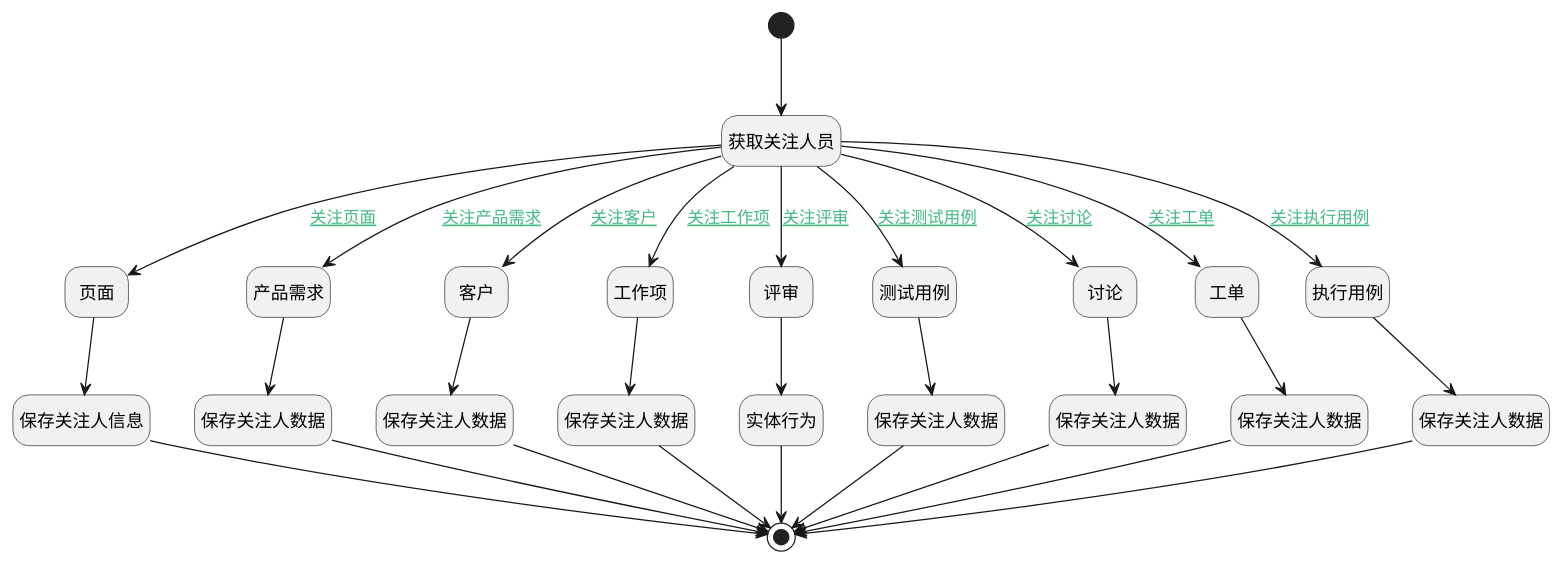
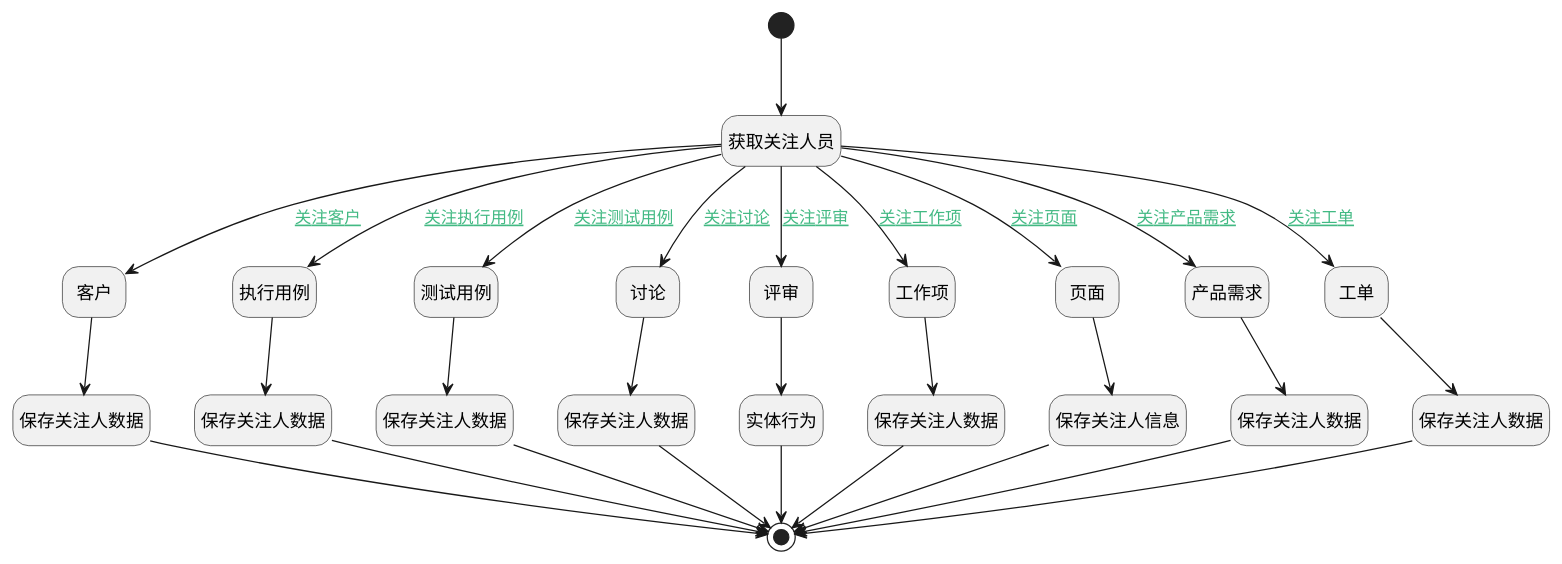
One commit to iBizLab/plm changed the diagram in doc/docsify/module/ProjMgmt/work_item/uilogic/attention_personnel_update.md. Above: the diagram before and after it, drawn with PlantUML. The commit also changed other lines of this file and 1276 other files, not shown here.

````diff
--- a/doc/docsify/module/ProjMgmt/work_item/uilogic/attention_personnel_update.md
+++ b/doc/docsify/module/ProjMgmt/work_item/uilogic/attention_personnel_update.md
@@ -7,65 +7,65 @@
 ```plantuml
 @startuml
 hide footbox
 <style>
 root {
   HyperlinkColor #42b983
 }
 </style>
 
 hide empty description
 state "开始" as Begin <<start>> [[$./attention_personnel_update#begin {开始}]]
+state "客户" as PREPAREJSPARAM5  [[$./attention_personnel_update#preparejsparam5 {客户}]]
+state "保存关注人数据" as DEACTION1  [[$./attention_personnel_update#deaction1 {保存关注人数据}]]
+state "实体行为" as DEACTION9  [[$./attention_personnel_update#deaction9 {实体行为}]]
+state "保存关注人数据" as DEACTION4  [[$./attention_personnel_update#deaction4 {保存关注人数据}]]
+state "获取关注人员" as PREPAREJSPARAM2  [[$./attention_personnel_update#preparejsparam2 {获取关注人员}]]
+state "执行用例" as PREPAREJSPARAM6  [[$./attention_personnel_update#preparejsparam6 {执行用例}]]
+state "测试用例" as PREPAREJSPARAM7  [[$./attention_personnel_update#preparejsparam7 {测试用例}]]
+state "保存关注人数据" as DEACTION2  [[$./attention_personnel_update#deaction2 {保存关注人数据}]]
+state "保存关注人数据" as DEACTION8  [[$./attention_personnel_update#deaction8 {保存关注人数据}]]
+state "结束" as END1 <<end>> [[$./attention_personnel_update#end1 {结束}]]
+state "保存关注人数据" as DEACTION5  [[$./attention_personnel_update#deaction5 {保存关注人数据}]]
+state "保存关注人数据" as DEACTION6  [[$./attention_personnel_update#deaction6 {保存关注人数据}]]
+state "讨论" as PREPAREJSPARAM9  [[$./attention_personnel_update#preparejsparam9 {讨论}]]
+state "评审" as PREPAREJSPARAM10  [[$./attention_personnel_update#preparejsparam10 {评审}]]
 state "保存关注人数据" as DEACTION3  [[$./attention_personnel_update#deaction3 {保存关注人数据}]]
-state "保存关注人数据" as DEACTION5  [[$./attention_personnel_update#deaction5 {保存关注人数据}]]
+state "工作项" as PREPAREJSPARAM1  [[$./attention_personnel_update#preparejsparam1 {工作项}]]
+state "保存关注人信息" as DEACTION7  [[$./attention_personnel_update#deaction7 {保存关注人信息}]]
 state "页面" as PREPAREJSPARAM8  [[$./attention_personnel_update#preparejsparam8 {页面}]]
-state "保存关注人信息" as DEACTION7  [[$./attention_personnel_update#deaction7 {保存关注人信息}]]
-state "实体行为" as DEACTION9  [[$./attention_personnel_update#deaction9 {实体行为}]]
-state "保存关注人数据" as DEACTION8  [[$./attention_personnel_update#deaction8 {保存关注人数据}]]
 state "产品需求" as PREPAREJSPARAM3  [[$./attention_personnel_update#preparejsparam3 {产品需求}]]
-state "客户" as PREPAREJSPARAM5  [[$./attention_personnel_update#preparejsparam5 {客户}]]
-state "保存关注人数据" as DEACTION6  [[$./attention_personnel_update#deaction6 {保存关注人数据}]]
-state "保存关注人数据" as DEACTION1  [[$./attention_personnel_update#deaction1 {保存关注人数据}]]
-state "获取关注人员" as PREPAREJSPARAM2  [[$./attention_personnel_update#preparejsparam2 {获取关注人员}]]
-state "工作项" as PREPAREJSPARAM1  [[$./attention_personnel_update#preparejsparam1 {工作项}]]
-state "评审" as PREPAREJSPARAM10  [[$./attention_personnel_update#preparejsparam10 {评审}]]
-state "测试用例" as PREPAREJSPARAM7  [[$./attention_personnel_update#preparejsparam7 {测试用例}]]
-state "保存关注人数据" as DEACTION4  [[$./attention_personnel_update#deaction4 {保存关注人数据}]]
-state "讨论" as PREPAREJSPARAM9  [[$./attention_personnel_update#preparejsparam9 {讨论}]]
 state "工单" as PREPAREJSPARAM4  [[$./attention_personnel_update#preparejsparam4 {工单}]]
-state "结束" as END1 <<end>> [[$./attention_personnel_update#end1 {结束}]]
-state "执行用例" as PREPAREJSPARAM6  [[$./attention_personnel_update#preparejsparam6 {执行用例}]]
-state "保存关注人数据" as DEACTION2  [[$./attention_personnel_update#deaction2 {保存关注人数据}]]
 
 
 Begin --> PREPAREJSPARAM2
 PREPAREJSPARAM2 --> PREPAREJSPARAM1 : [[$./attention_personnel_update#preparejsparam2-preparejsparam1{关注工作项} 关注工作项]]
 PREPAREJSPARAM1 --> DEACTION1
 DEACTION1 --> END1
 PREPAREJSPARAM2 --> PREPAREJSPARAM3 : [[$./attention_personnel_update#preparejsparam2-preparejsparam3{关注产品需求} 关注产品需求]]
 PREPAREJSPARAM3 --> DEACTION2
 DEACTION2 --> END1
 PREPAREJSPARAM2 --> PREPAREJSPARAM4 : [[$./attention_personnel_update#preparejsparam2-preparejsparam4{关注工单} 关注工单]]
 PREPAREJSPARAM4 --> DEACTION3
 DEACTION3 --> END1
 PREPAREJSPARAM2 --> PREPAREJSPARAM5 : [[$./attention_personnel_update#preparejsparam2-preparejsparam5{关注客户} 关注客户]]
 PREPAREJSPARAM5 --> DEACTION4
 DEACTION4 --> END1
 PREPAREJSPARAM2 --> PREPAREJSPARAM7 : [[$./attention_personnel_update#preparejsparam2-preparejsparam7{关注测试用例} 关注测试用例]]
 PREPAREJSPARAM7 --> DEACTION5
 DEACTION5 --> END1
 PREPAREJSPARAM2 --> PREPAREJSPARAM6 : [[$./attention_personnel_update#preparejsparam2-preparejsparam6{关注执行用例} 关注执行用例]]
 PREPAREJSPARAM6 --> DEACTION6
 DEACTION6 --> END1
 PREPAREJSPARAM2 --> PREPAREJSPARAM8 : [[$./attention_personnel_update#preparejsparam2-preparejsparam8{关注页面} 关注页面]]
 PREPAREJSPARAM8 --> DEACTION7
 DEACTION7 --> END1
 PREPAREJSPARAM2 --> PREPAREJSPARAM9 : [[$./attention_personnel_update#preparejsparam2-preparejsparam9{关注讨论} 关注讨论]]
 PREPAREJSPARAM9 --> DEACTION8
 DEACTION8 --> END1
 PREPAREJSPARAM2 --> PREPAREJSPARAM10 : [[$./attention_personnel_update#preparejsparam2-preparejsparam10{关注评审} 关注评审]]
 PREPAREJSPARAM10 --> DEACTION9
 DEACTION9 --> END1
 
 
 @enduml
 ```
````
